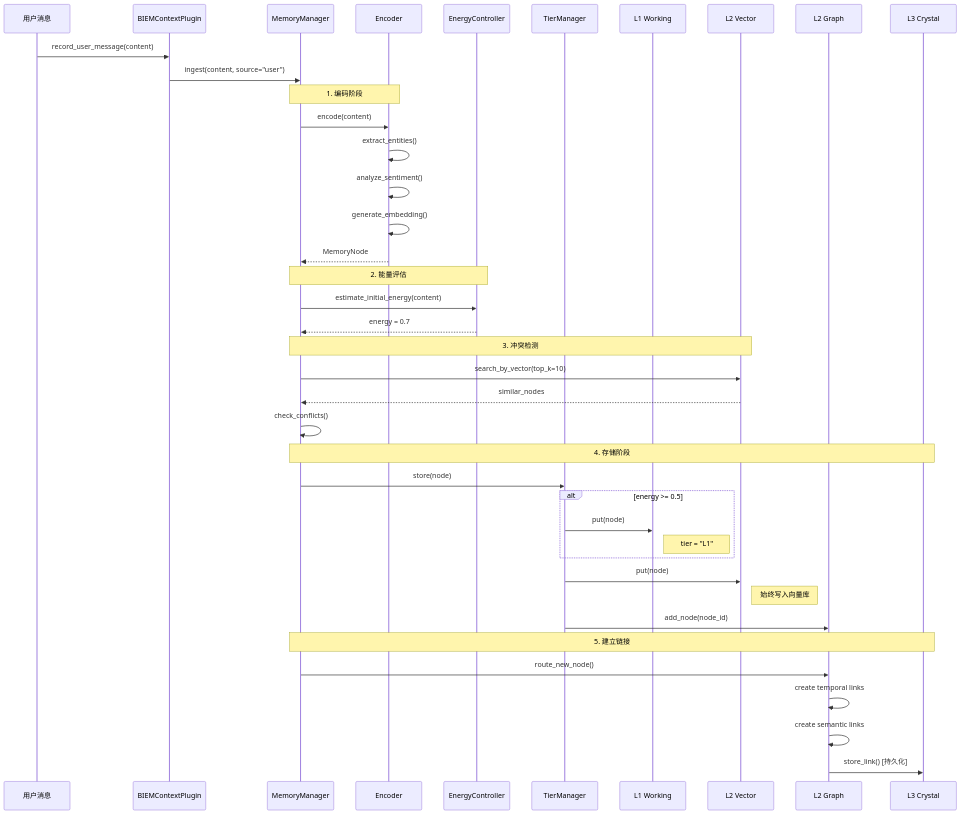
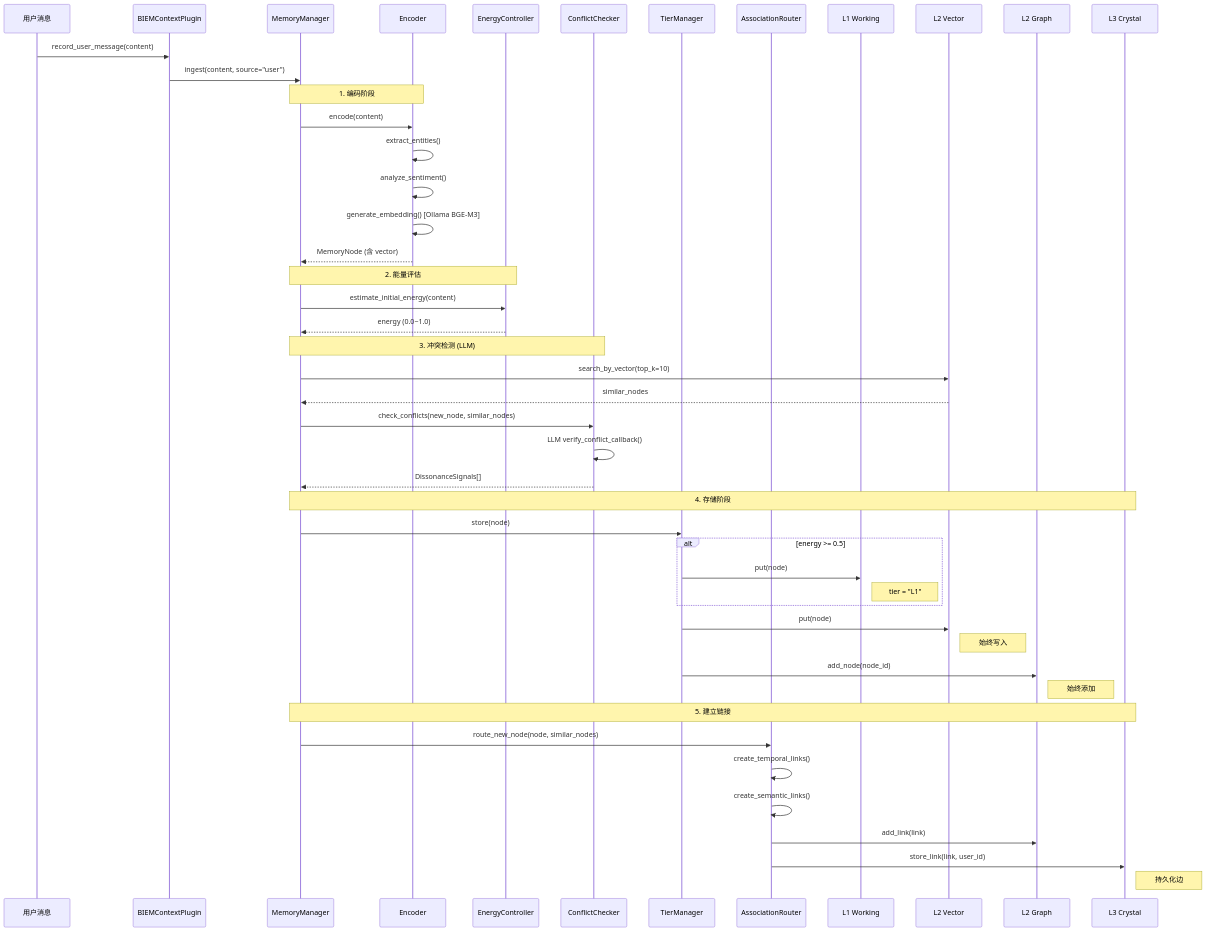
Before and after one commit to Zeppelinpp/OmniEmployee: the seventh of 19 diagrams in docs/memory_system.md, drawn with Mermaid. The commit also changed other lines of this file and 2 other files, not shown here.

````diff
--- a/docs/memory_system.md
+++ b/docs/memory_system.md
@@ -319,42 +385,55 @@
 ```mermaid
 sequenceDiagram
   participant User as 用户消息
   participant Plugin as BIEMContextPlugin
   participant MM as MemoryManager
   participant Enc as Encoder
   participant Energy as EnergyController
+  participant Conflict as ConflictChecker
   participant Tier as TierManager
+  participant Router as AssociationRouter
   participant L1 as L1 Working
   participant L2V as L2 Vector
   participant L2G as L2 Graph
   participant L3 as L3 Crystal
+
   User->>Plugin: record_user_message(content)
   Plugin->>MM: ingest(content, source="user")
+
   Note over MM,Enc: 1. 编码阶段
   MM->>Enc: encode(content)
   Enc->>Enc: extract_entities()
   Enc->>Enc: analyze_sentiment()
-  Enc->>Enc: generate_embedding()
-  Enc-->>MM: MemoryNode
+  Enc->>Enc: generate_embedding() [Ollama BGE-M3]
+  Enc-->>MM: MemoryNode (含 vector)
+
   Note over MM,Energy: 2. 能量评估
   MM->>Energy: estimate_initial_energy(content)
-  Energy-->>MM: energy = 0.7
-  Note over MM,L2V: 3. 冲突检测
+  Energy-->>MM: energy (0.0~1.0)
+
+  Note over MM,Conflict: 3. 冲突检测 (LLM)
   MM->>L2V: search_by_vector(top_k=10)
   L2V-->>MM: similar_nodes
-  MM->>MM: check_conflicts()
+  MM->>Conflict: check_conflicts(new_node, similar_nodes)
+  Conflict->>Conflict: LLM verify_conflict_callback()
+  Conflict-->>MM: DissonanceSignals[]
+
   Note over MM,L3: 4. 存储阶段
   MM->>Tier: store(node)
   alt energy >= 0.5
     Tier->>L1: put(node)
     Note right of L1: tier = "L1"
   end
   Tier->>L2V: put(node)
-  Note right of L2V: 始终写入向量库
+  Note right of L2V: 始终写入
   Tier->>L2G: add_node(node_id)
+  Note right of L2G: 始终添加
+
   Note over MM,L3: 5. 建立链接
-  MM->>L2G: route_new_node()
-  L2G->>L2G: create temporal links
-  L2G->>L2G: create semantic links
-  L2G->>L3: store_link() [持久化]
+  MM->>Router: route_new_node(node, similar_nodes)
+  Router->>Router: create_temporal_links()
+  Router->>Router: create_semantic_links()
+  Router->>L2G: add_link(link)
+  Router->>L3: store_link(link, user_id)
+  Note right of L3: 持久化边
 ```
````
